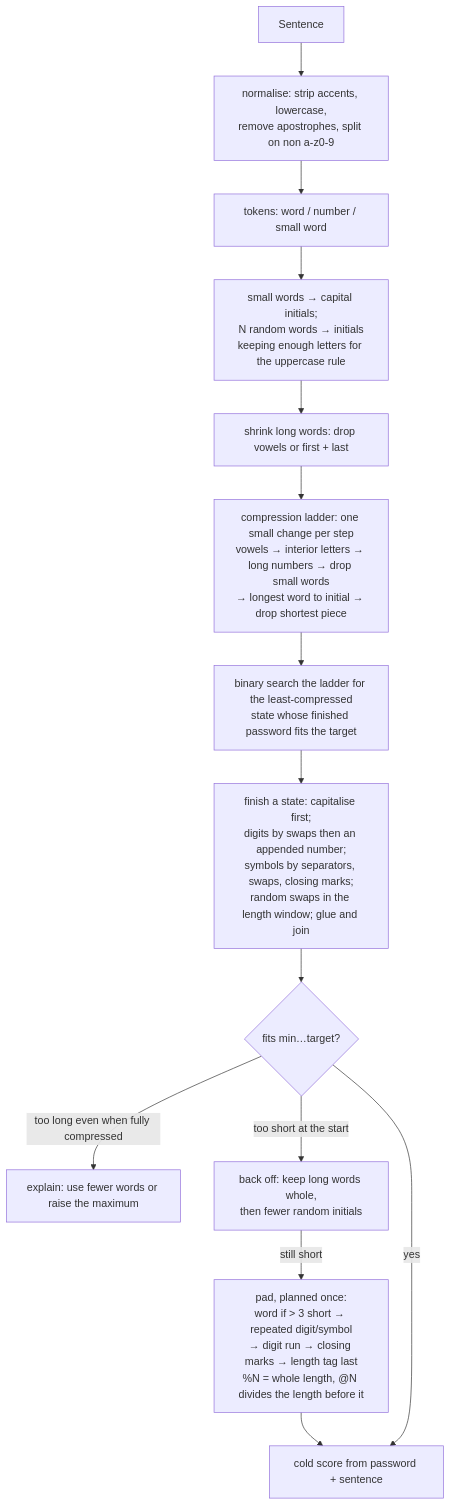
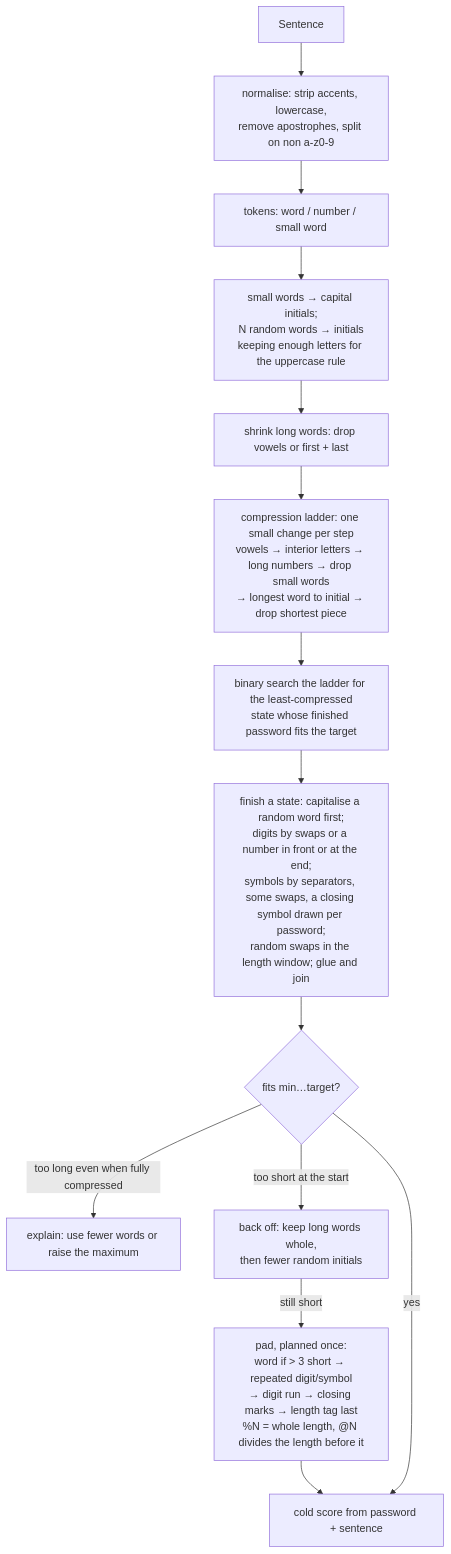
Before and after one commit to SalientForm/elegant-password: the second of 3 diagrams in docs/algorithm-flow.md, drawn with Mermaid. The commit also changed other lines of this file and 10 other files, not shown here.

First line of the commit message:
More variety within the rules: closing symbols, capital placement, swap counts, digit and symbol routes

````diff
--- a/docs/algorithm-flow.md
+++ b/docs/algorithm-flow.md
@@ -59,16 +59,16 @@
 ```mermaid
 flowchart TD
   A[Sentence] --> B[normalise: strip accents, lowercase,\nremove apostrophes, split on non a-z0-9]
   B --> C[tokens: word / number / small word]
   C --> D[small words → capital initials;\nN random words → initials\nkeeping enough letters for the uppercase rule]
   D --> E[shrink long words: drop vowels or first + last]
   E --> F[compression ladder: one small change per step\nvowels → interior letters → long numbers → drop small words\n→ longest word to initial → drop shortest piece]
   F --> G[binary search the ladder for the least-compressed\nstate whose finished password fits the target]
-  G --> H[finish a state: capitalise first;\ndigits by swaps then an appended number;\nsymbols by separators, swaps, closing marks;\nrandom swaps in the length window; glue and join]
+  G --> H[finish a state: capitalise a random word first;\ndigits by swaps or a number in front or at the end;\nsymbols by separators, some swaps, a closing symbol drawn per password;\nrandom swaps in the length window; glue and join]
   H --> I{fits min…target?}
   I -- too long even when fully compressed --> J[explain: use fewer words or raise the maximum]
   I -- too short at the start --> K[back off: keep long words whole,\nthen fewer random initials]
   K -- still short --> P[pad, planned once:\nword if > 3 short → repeated digit/symbol\n→ digit run → closing marks → length tag last\n%N = whole length, @N divides the length before it]
   P --> L
   I -- yes --> L[cold score from password + sentence]
 ```
````
